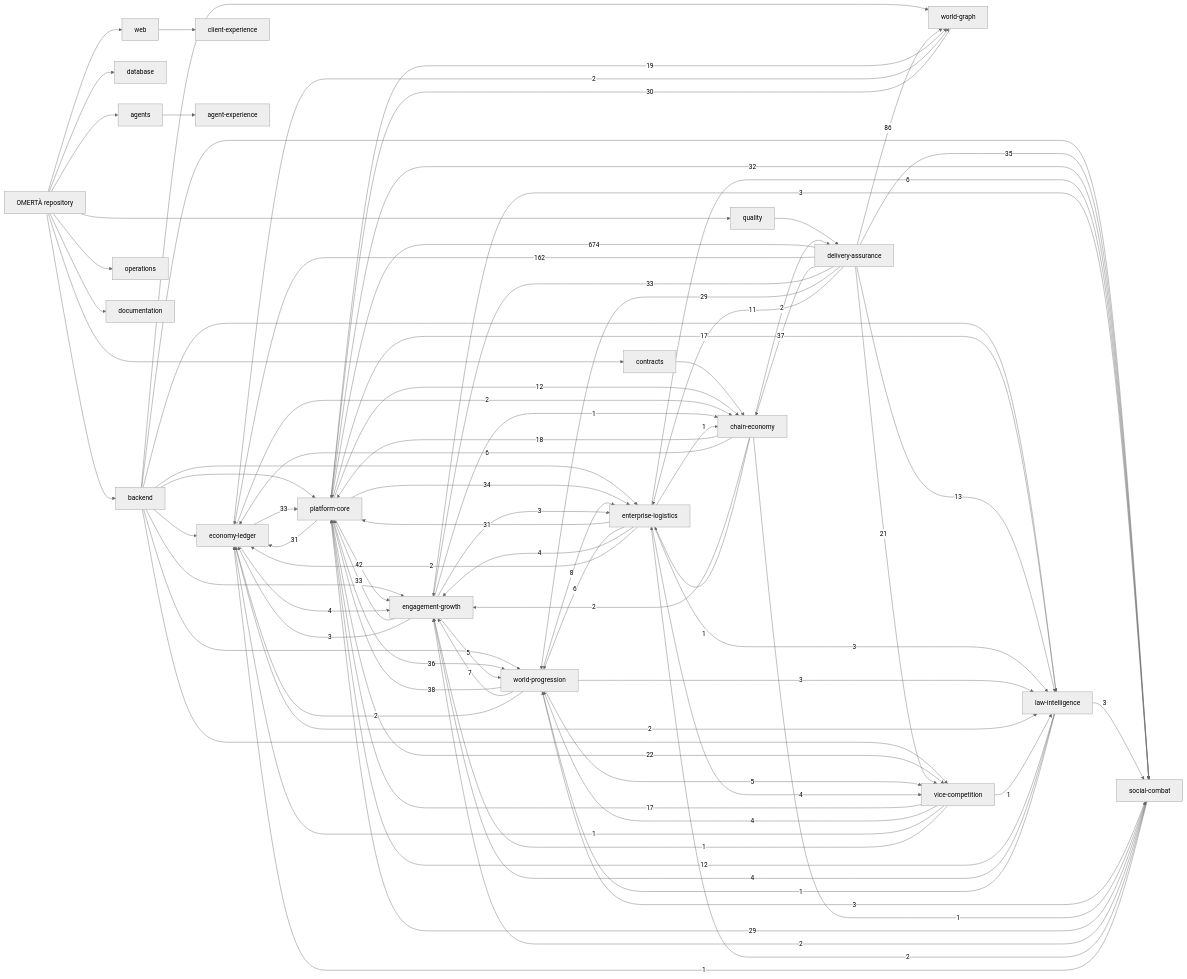
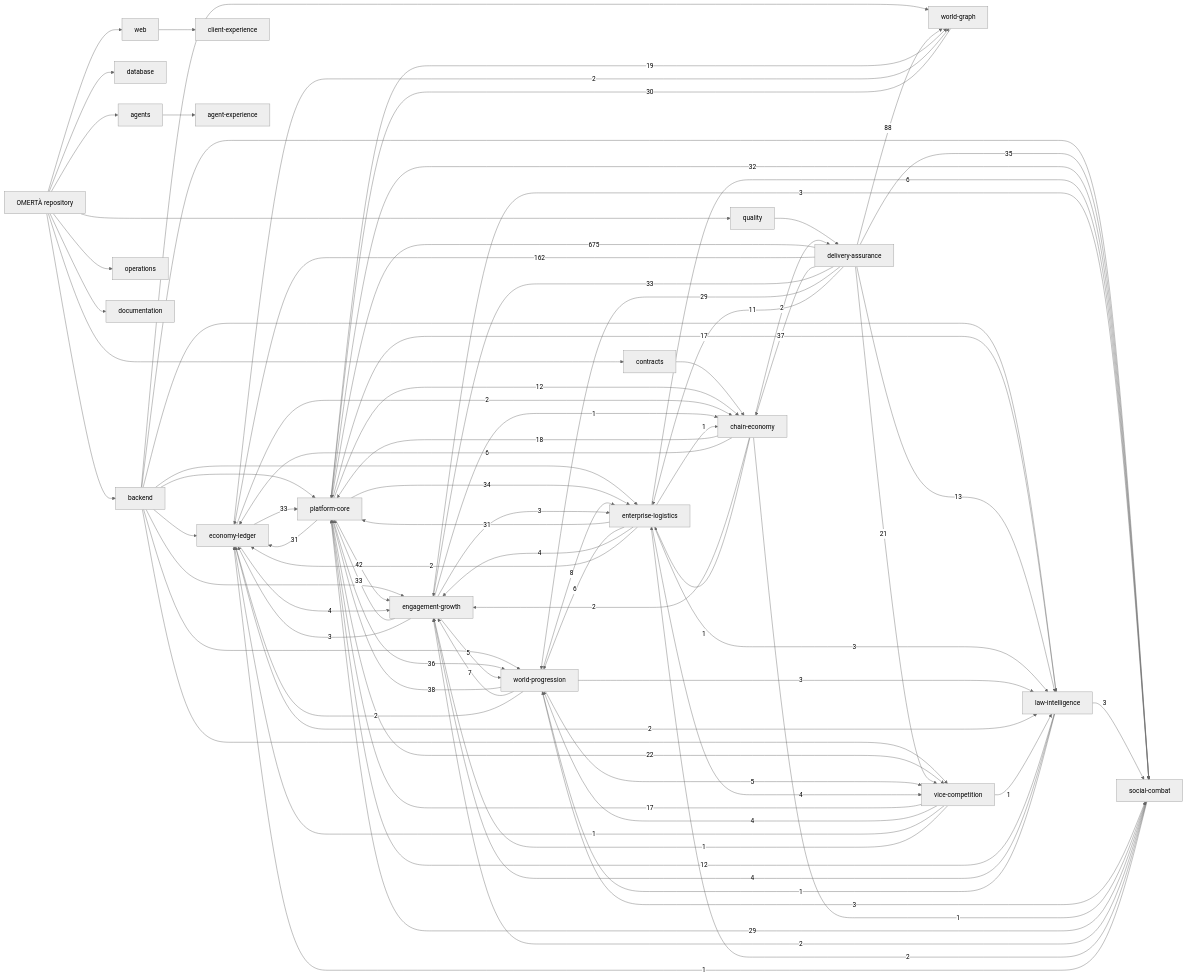
Before and after one commit to OmertaDev/Omerta: the diagram in knowledge/generated/graph.mmd, drawn with Mermaid (neutral theme). The commit also changed 7 other files, not shown here.

```diff
--- a/knowledge/generated/graph.mmd
+++ b/knowledge/generated/graph.mmd
@@ -1,109 +1,109 @@
 flowchart LR
   repo["OMERTÀ repository"]
   sub_backend["backend"]
   repo --> sub_backend
   sub_database["database"]
   repo --> sub_database
   sub_web["web"]
   repo --> sub_web
   sub_contracts["contracts"]
   repo --> sub_contracts
   sub_agents["agents"]
   repo --> sub_agents
   sub_quality["quality"]
   repo --> sub_quality
   sub_operations["operations"]
   repo --> sub_operations
   sub_documentation["documentation"]
   repo --> sub_documentation
   dom_platform-core["platform-core"]
   dom_economy-ledger["economy-ledger"]
   dom_social-combat["social-combat"]
   dom_world-progression["world-progression"]
   dom_world-graph["world-graph"]
   dom_enterprise-logistics["enterprise-logistics"]
   dom_vice-competition["vice-competition"]
   dom_law-intelligence["law-intelligence"]
   dom_chain-economy["chain-economy"]
   dom_engagement-growth["engagement-growth"]
   dom_client-experience["client-experience"]
   dom_agent-experience["agent-experience"]
   dom_delivery-assurance["delivery-assurance"]
   sub_agents --> dom_agent-experience
   sub_backend --> dom_economy-ledger
   sub_backend --> dom_engagement-growth
   sub_backend --> dom_enterprise-logistics
   sub_backend --> dom_law-intelligence
   sub_backend --> dom_platform-core
   sub_backend --> dom_social-combat
   sub_backend --> dom_vice-competition
   sub_backend --> dom_world-graph
   sub_backend --> dom_world-progression
   sub_contracts --> dom_chain-economy
   sub_quality --> dom_delivery-assurance
   sub_web --> dom_client-experience
-  dom_delivery-assurance -->|674| dom_platform-core
+  dom_delivery-assurance -->|675| dom_platform-core
   dom_delivery-assurance -->|162| dom_economy-ledger
-  dom_delivery-assurance -->|86| dom_world-graph
+  dom_delivery-assurance -->|88| dom_world-graph
   dom_platform-core -->|42| dom_engagement-growth
   dom_world-progression -->|38| dom_platform-core
   dom_delivery-assurance -->|37| dom_chain-economy
   dom_platform-core -->|36| dom_world-progression
   dom_delivery-assurance -->|35| dom_social-combat
   dom_platform-core -->|34| dom_enterprise-logistics
   dom_delivery-assurance -->|33| dom_engagement-growth
   dom_economy-ledger -->|33| dom_platform-core
   dom_engagement-growth -->|33| dom_platform-core
   dom_platform-core -->|32| dom_social-combat
   dom_enterprise-logistics -->|31| dom_platform-core
   dom_platform-core -->|31| dom_economy-ledger
   dom_world-graph -->|30| dom_platform-core
   dom_delivery-assurance -->|29| dom_world-progression
   dom_social-combat -->|29| dom_platform-core
   dom_platform-core -->|22| dom_vice-competition
   dom_delivery-assurance -->|21| dom_vice-competition
   dom_platform-core -->|19| dom_world-graph
   dom_chain-economy -->|18| dom_platform-core
   dom_platform-core -->|17| dom_law-intelligence
   dom_vice-competition -->|17| dom_platform-core
   dom_delivery-assurance -->|13| dom_law-intelligence
   dom_law-intelligence -->|12| dom_platform-core
   dom_platform-core -->|12| dom_chain-economy
   dom_delivery-assurance -->|11| dom_enterprise-logistics
   dom_world-progression -->|8| dom_enterprise-logistics
   dom_world-progression -->|7| dom_engagement-growth
   dom_chain-economy -->|6| dom_economy-ledger
   dom_enterprise-logistics -->|6| dom_social-combat
   dom_enterprise-logistics -->|6| dom_world-progression
   dom_engagement-growth -->|5| dom_world-progression
   dom_world-progression -->|5| dom_vice-competition
   dom_economy-ledger -->|4| dom_engagement-growth
   dom_enterprise-logistics -->|4| dom_engagement-growth
   dom_enterprise-logistics -->|4| dom_vice-competition
   dom_law-intelligence -->|4| dom_engagement-growth
   dom_vice-competition -->|4| dom_world-progression
   dom_engagement-growth -->|3| dom_economy-ledger
   dom_engagement-growth -->|3| dom_enterprise-logistics
   dom_engagement-growth -->|3| dom_social-combat
   dom_enterprise-logistics -->|3| dom_law-intelligence
   dom_law-intelligence -->|3| dom_social-combat
   dom_world-progression -->|3| dom_law-intelligence
   dom_world-progression -->|3| dom_social-combat
   dom_chain-economy -->|2| dom_delivery-assurance
   dom_chain-economy -->|2| dom_engagement-growth
   dom_economy-ledger -->|2| dom_chain-economy
   dom_economy-ledger -->|2| dom_law-intelligence
   dom_economy-ledger -->|2| dom_world-graph
   dom_enterprise-logistics -->|2| dom_economy-ledger
   dom_social-combat -->|2| dom_engagement-growth
   dom_social-combat -->|2| dom_enterprise-logistics
   dom_world-progression -->|2| dom_economy-ledger
   dom_chain-economy -->|1| dom_enterprise-logistics
   dom_chain-economy -->|1| dom_social-combat
   dom_engagement-growth -->|1| dom_chain-economy
   dom_enterprise-logistics -->|1| dom_chain-economy
   dom_law-intelligence -->|1| dom_world-progression
   dom_social-combat -->|1| dom_economy-ledger
   dom_vice-competition -->|1| dom_economy-ledger
   dom_vice-competition -->|1| dom_engagement-growth
   dom_vice-competition -->|1| dom_law-intelligence
```
